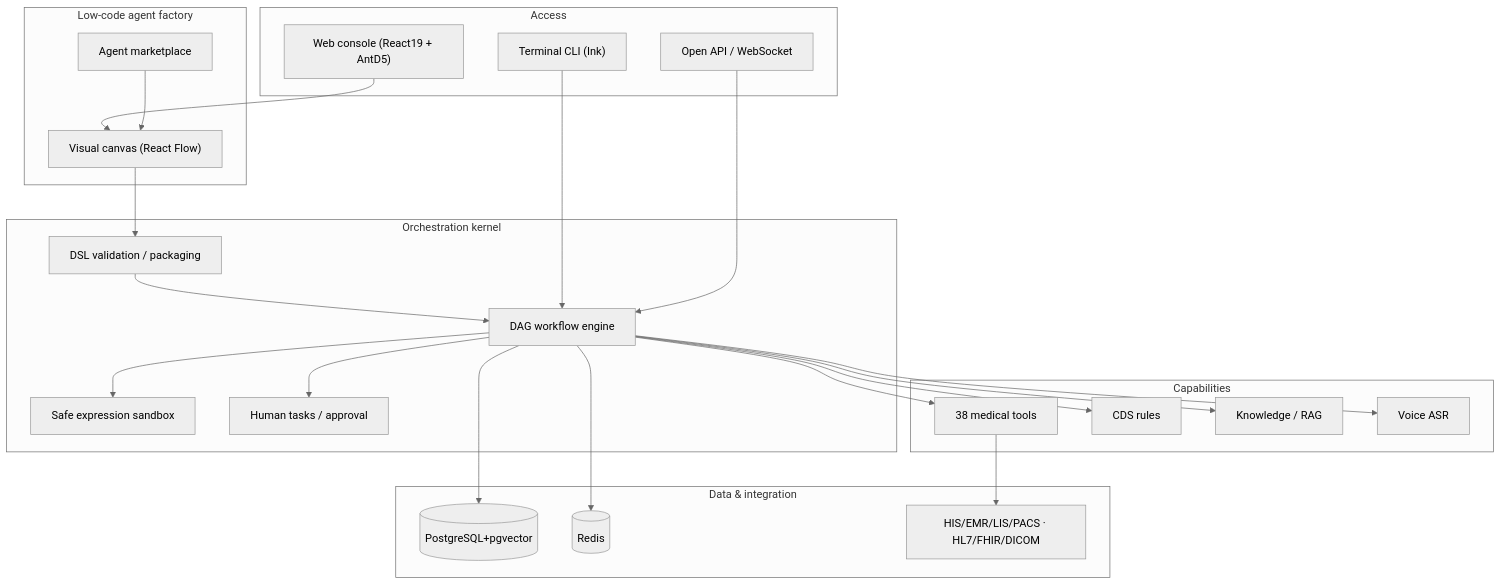
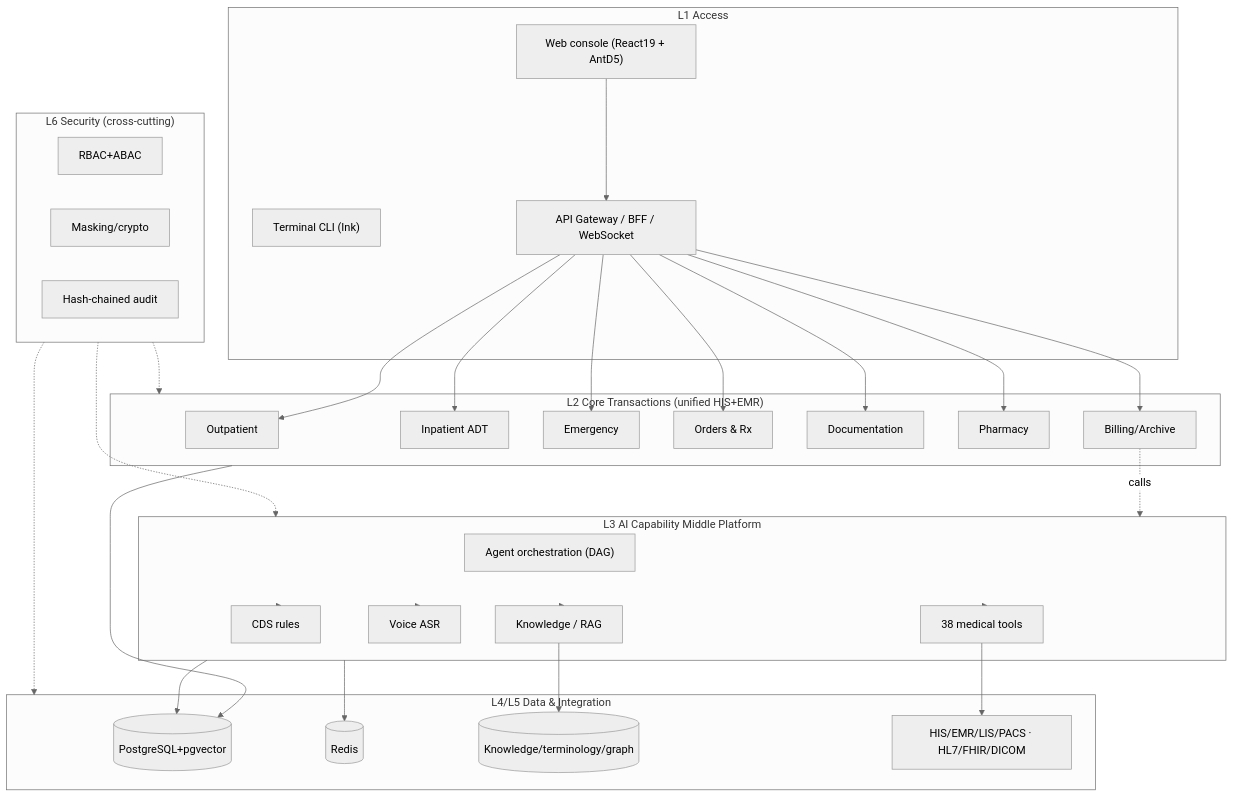
Before and after one commit to chenweidaben/JLAIharnessos: the diagram in README_EN.md, drawn with Mermaid (neutral theme). The commit also changed other lines of this file and 8 other files, not shown here.

First line of the commit message:
docs(architecture): add six-perspective architecture review and refresh READMEs

````diff
--- a/README_EN.md
+++ b/README_EN.md
@@ -59,37 +97,45 @@
 ```mermaid
 flowchart TB
-    subgraph Access["Access"]
+    subgraph Access["L1 Access"]
         WEB["Web console (React19 + AntD5)"]
         CLI["Terminal CLI (Ink)"]
-        API["Open API / WebSocket"]
+        API["API Gateway / BFF / WebSocket"]
     end
-    subgraph Factory["Low-code agent factory"]
-        CANVAS["Visual canvas (React Flow)"]
-        MARKET["Agent marketplace"]
+    subgraph Biz["L2 Core Transactions (unified HIS+EMR)"]
+        OUT["Outpatient"]
+        INP["Inpatient ADT"]
+        EM["Emergency"]
+        ORD["Orders & Rx"]
+        DOC["Documentation"]
+        PHA["Pharmacy"]
+        BIL["Billing/Archive"]
     end
-    subgraph Orch["Orchestration kernel"]
-        DSL["DSL validation / packaging"]
-        ENGINE["DAG workflow engine"]
-        SANDBOX["Safe expression sandbox"]
-        HUMAN["Human tasks / approval"]
-    end
-    subgraph Cap["Capabilities"]
+    subgraph AI["L3 AI Capability Middle Platform"]
+        ENGINE["Agent orchestration (DAG)"]
         TOOLS["38 medical tools"]
         CDS["CDS rules"]
         RAG["Knowledge / RAG"]
         VOICE["Voice ASR"]
     end
-    subgraph Data["Data & integration"]
+    subgraph Data["L4/L5 Data & Integration"]
         PG[("PostgreSQL+pgvector")]
         REDIS[("Redis")]
+        KB[("Knowledge/terminology/graph")]
         INT["HIS/EMR/LIS/PACS · HL7/FHIR/DICOM"]
     end
-    WEB --> CANVAS --> DSL --> ENGINE
-    CLI --> ENGINE
-    API --> ENGINE
-    MARKET --> CANVAS
-    ENGINE --> SANDBOX & HUMAN
-    ENGINE --> TOOLS & CDS & RAG & VOICE
+    subgraph Sec["L6 Security (cross-cutting)"]
+        RBAC["RBAC+ABAC"]
+        MASK["Masking/crypto"]
+        AUDIT["Hash-chained audit"]
+    end
+
+    WEB --> API
+    API --> OUT & INP & EM & ORD & DOC & PHA & BIL
+    BIL -.calls.-> AI
+    AI --> TOOLS & CDS & RAG & VOICE
     TOOLS --> INT
-    ENGINE --> PG & REDIS
+    RAG --> KB
+    Biz --> PG
+    AI --> PG & REDIS
+    Sec -.-> Biz & AI & Data
 ```
````
